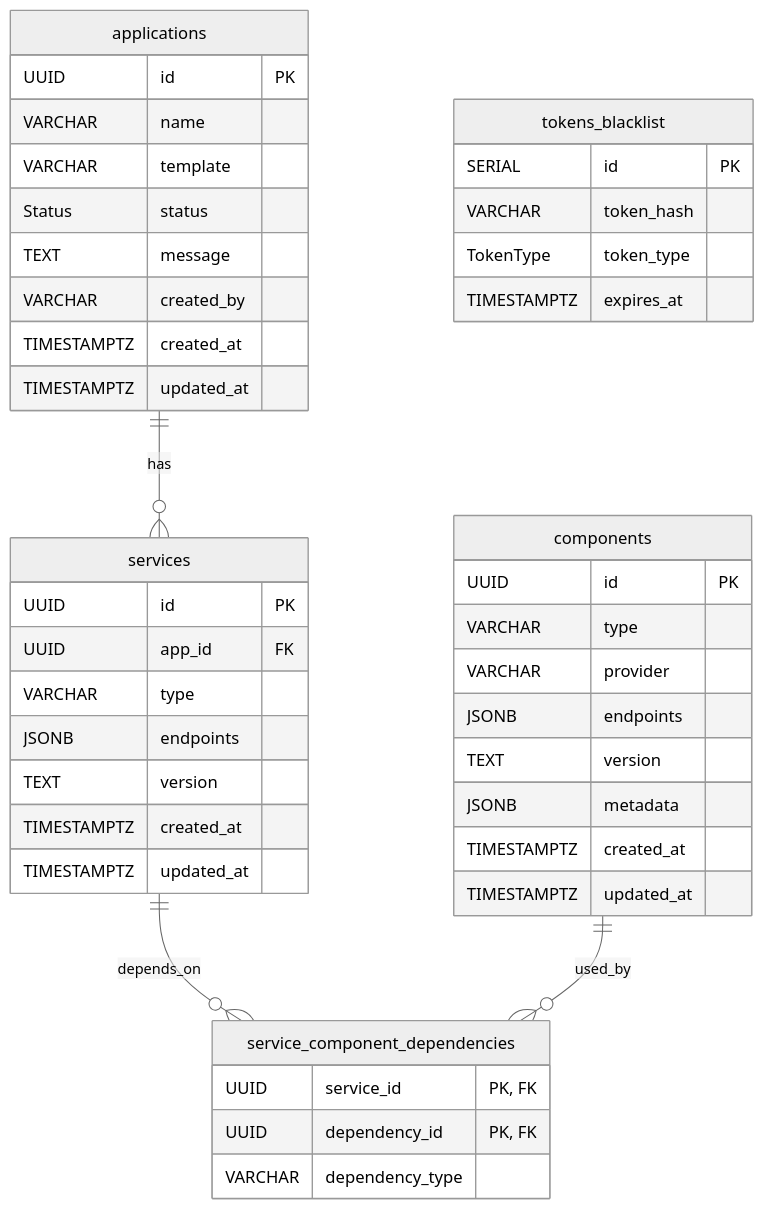
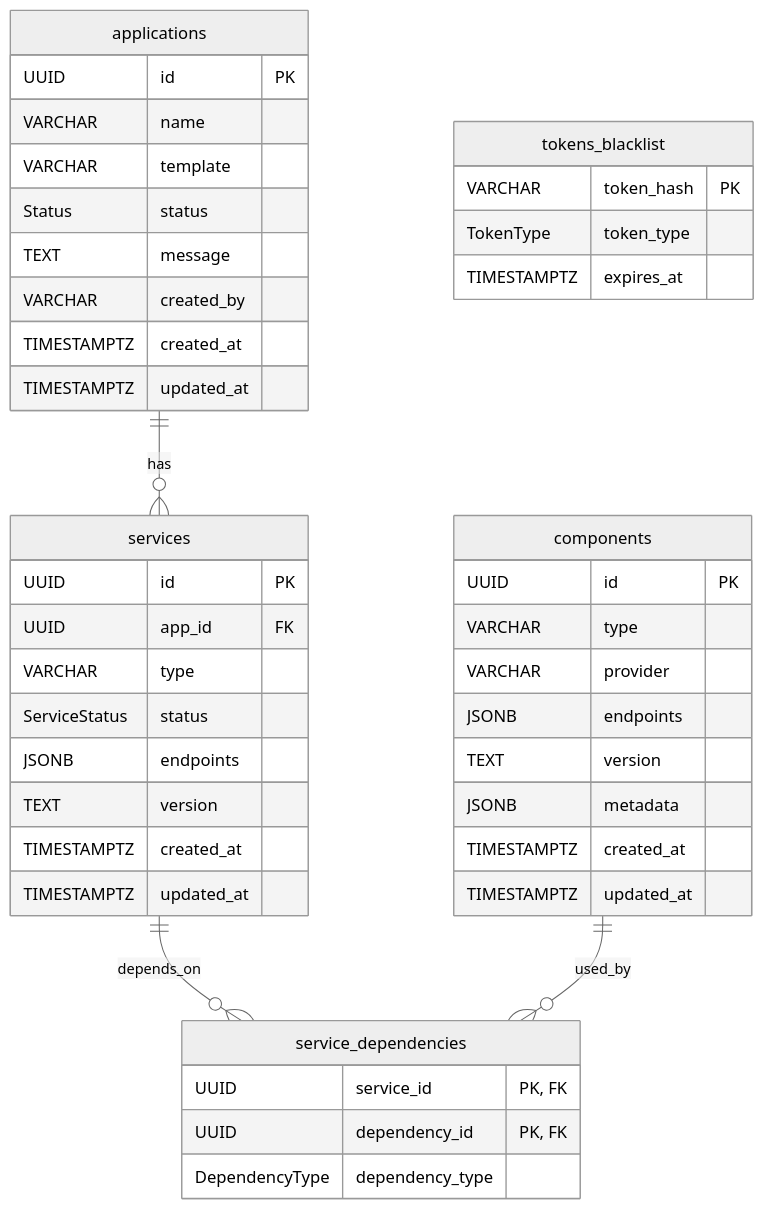
One commit to IBM/project-ai-services changed the diagram in docs/proposals/catalog/db-design-proposal.md. Above: the diagram before and after it, drawn with Mermaid (neutral theme). The commit also changed other lines of this file, not shown here.

````diff
--- a/docs/proposals/catalog/db-design-proposal.md
+++ b/docs/proposals/catalog/db-design-proposal.md
@@ -188,51 +205,51 @@
 ```mermaid
 erDiagram
     applications ||--o{ services : "has"
-    services ||--o{ service_component_dependencies : "depends_on"
-    components ||--o{ service_component_dependencies : "used_by"
+    services ||--o{ service_dependencies : "depends_on"
+    components ||--o{ service_dependencies : "used_by"
     
     applications {
         UUID id PK
         VARCHAR name
         VARCHAR template
         Status status
         TEXT message
         VARCHAR created_by
         TIMESTAMPTZ created_at
         TIMESTAMPTZ updated_at
     }
     
     services {
         UUID id PK
         UUID app_id FK
         VARCHAR type
+        ServiceStatus status
         JSONB endpoints
         TEXT version
         TIMESTAMPTZ created_at
         TIMESTAMPTZ updated_at
     }
     
     components {
         UUID id PK
         VARCHAR type
         VARCHAR provider
         JSONB endpoints
         TEXT version
         JSONB metadata
         TIMESTAMPTZ created_at
         TIMESTAMPTZ updated_at
     }
     
-    service_component_dependencies {
+    service_dependencies {
         UUID service_id "PK, FK"
         UUID dependency_id "PK, FK"
-        VARCHAR dependency_type
+        DependencyType dependency_type
     }
     
     tokens_blacklist {
-        SERIAL id PK
-        VARCHAR token_hash
+        VARCHAR token_hash PK
         TokenType token_type
         TIMESTAMPTZ expires_at
     }
 ```
````
